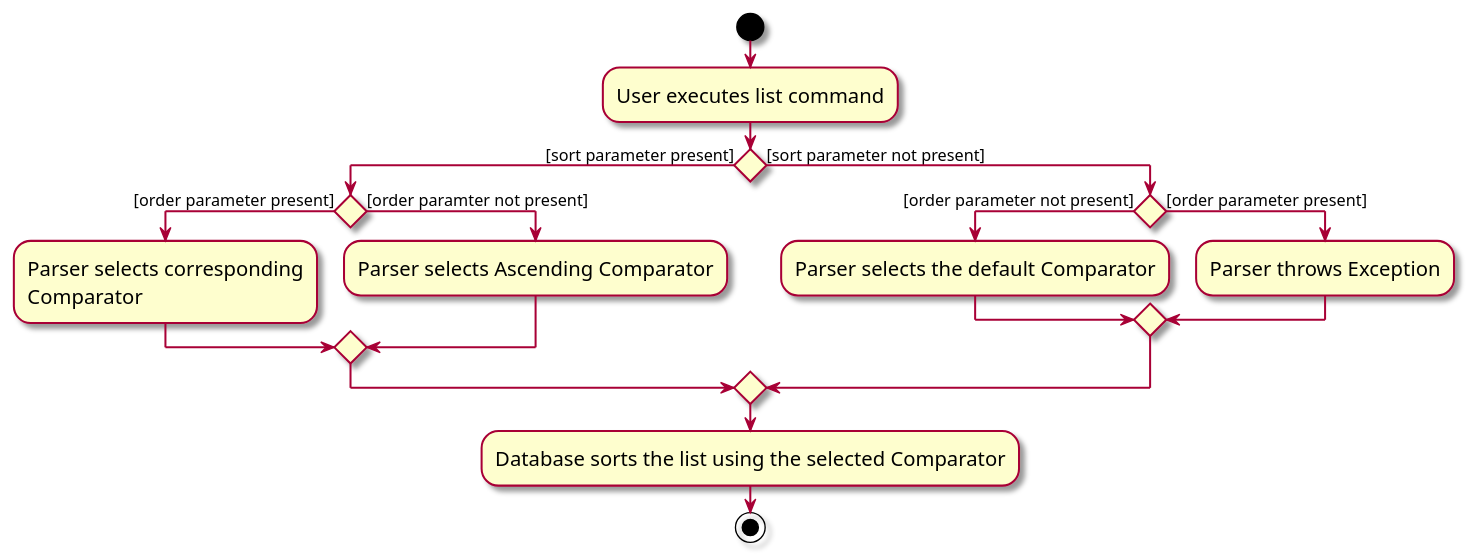
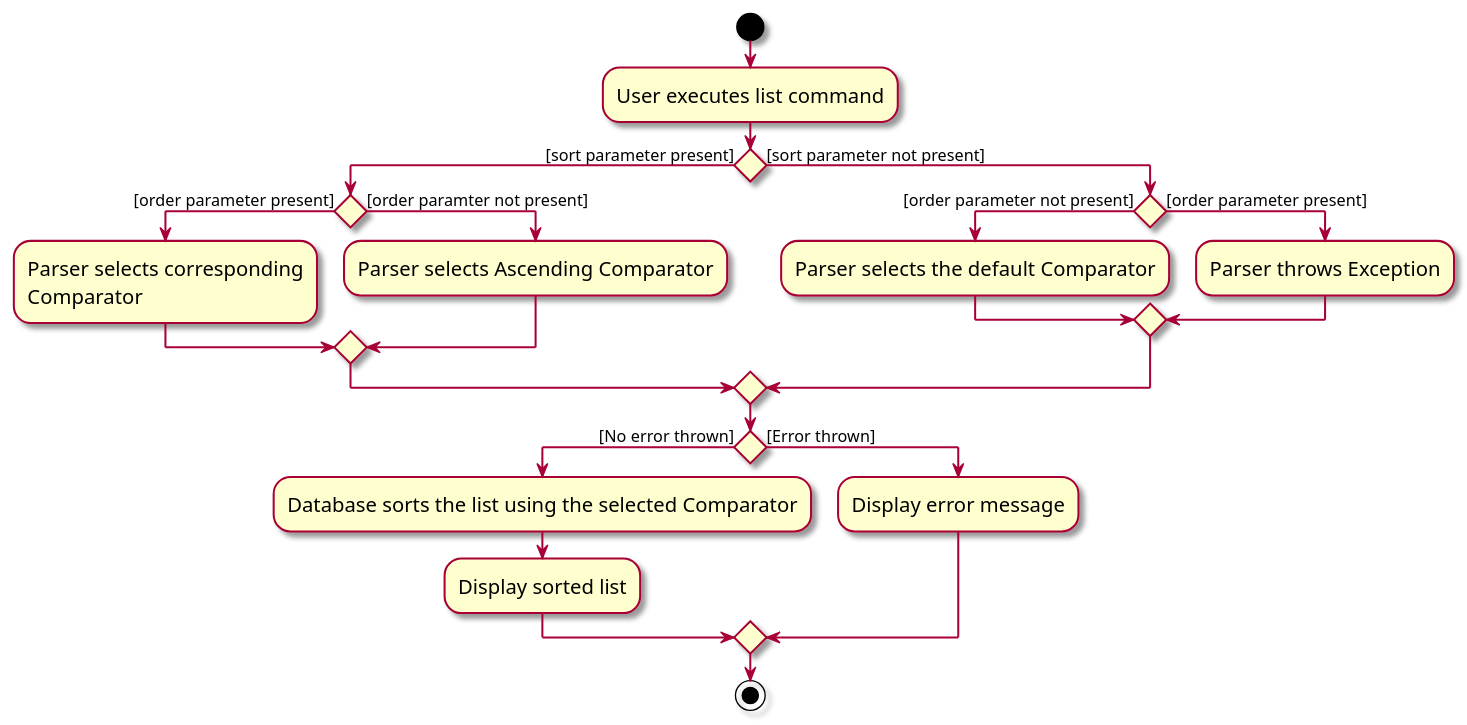
One commit to yanghengtang/tp changed the diagram in docs/diagrams/SortActivityDiagram.puml. Above: the diagram before and after it, drawn with PlantUML. The commit also changed 1 other file, not shown here.

Commit message:
Update activity diagram

```diff
--- a/docs/diagrams/SortActivityDiagram.puml
+++ b/docs/diagrams/SortActivityDiagram.puml
@@ -1,28 +1,33 @@
 @startuml
 skin rose
 skinparam ActivityFontSize 15
 skinparam ArrowFontSize 12
 start
 :User executes list command;
 
 'Since the beta syntax does not support placing the condition outside the
 'diamond we place it as the true branch instead.
 
 if () then ([sort parameter present])
     if () then ([order parameter present])
         :Parser selects corresponding
         Comparator;
     else ([order paramter not present])
         :Parser selects Ascending Comparator;
     endif
 else ([sort parameter not present])
     if () then ([order parameter not present])
         :Parser selects the default Comparator;
     else ([order parameter present])
         :Parser throws Exception;
     endif
 endif
 
-:Database sorts the list using the selected Comparator;
+if () then([No error thrown])
+    :Database sorts the list using the selected Comparator;
+    :Display sorted list;
+else ([Error thrown])
+    :Display error message;
+endif
 stop
 @enduml
```
